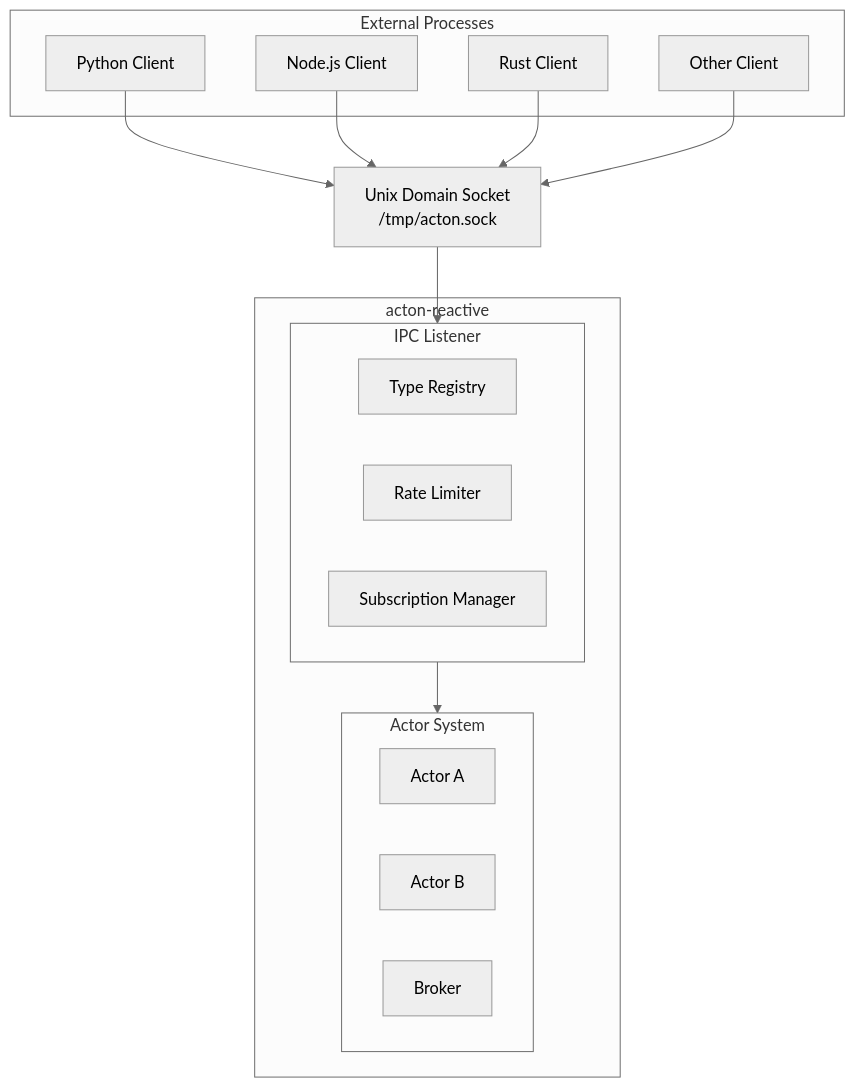
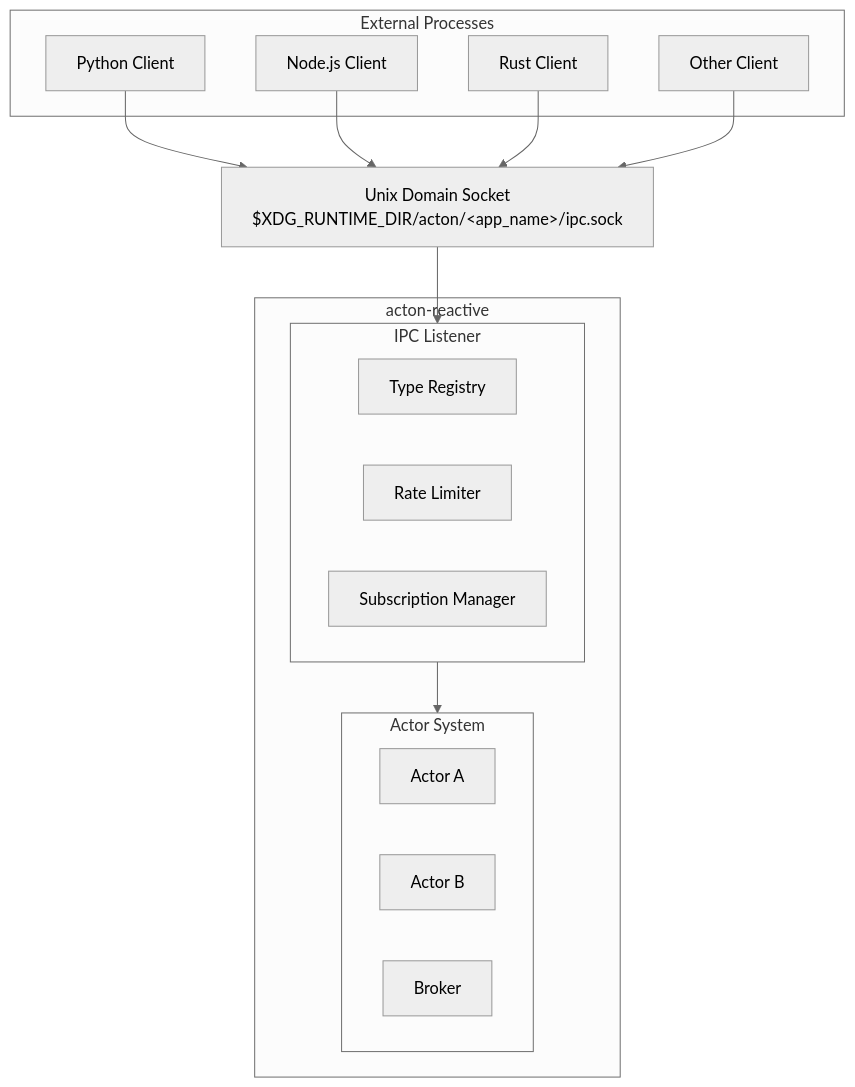
The diagram in acton-docs-site/src/app/docs/ipc-setup/page.md (Govcraft/acton-reactive), drawn with Mermaid (neutral theme) before and after one commit. The commit also changed other lines of this file and 28 other files, not shown here.

````diff
--- a/acton-docs-site/src/app/docs/ipc-setup/page.md
+++ b/acton-docs-site/src/app/docs/ipc-setup/page.md
@@ -27,29 +27,29 @@
 ```mermaid
 flowchart TD
     subgraph External["External Processes"]
         Py["Python Client"]
         Node["Node.js Client"]
         Rs["Rust Client"]
         Other["Other Client"]
     end
 
-    Py & Node & Rs & Other --> Socket["Unix Domain Socket<br/>/tmp/acton.sock"]
+    Py & Node & Rs & Other --> Socket["Unix Domain Socket<br/>$XDG_RUNTIME_DIR/acton/&lt;app_name&gt;/ipc.sock"]
 
     subgraph Acton["acton-reactive"]
         subgraph Listener["IPC Listener"]
             TR["Type Registry"]
             RL["Rate Limiter"]
             SM["Subscription Manager"]
         end
 
         subgraph Actors["Actor System"]
             AA["Actor A"]
             AB["Actor B"]
             Broker["Broker"]
         end
 
         Listener --> Actors
     end
 
     Socket --> Listener
 ```
````
